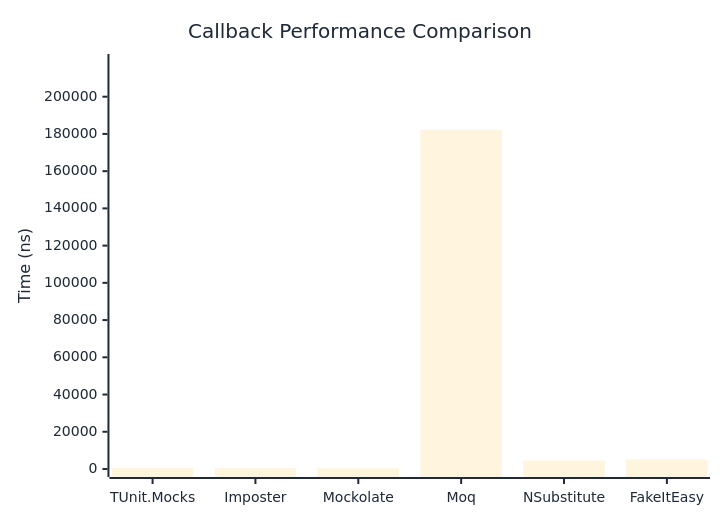
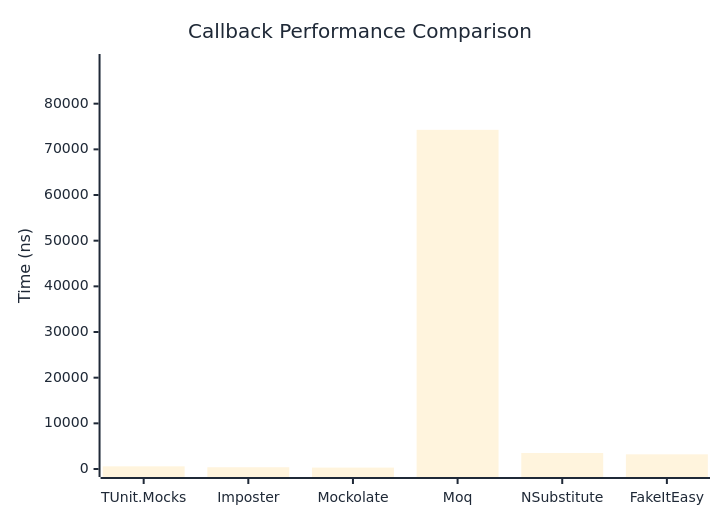
Before and after one commit to thomhurst/TUnit: the first of 2 diagrams in docs/docs/benchmarks/mocks/Callback.md, drawn with Mermaid. The commit also changed other lines of this file and 14 other files, not shown here.

````diff
--- a/docs/docs/benchmarks/mocks/Callback.md
+++ b/docs/docs/benchmarks/mocks/Callback.md
@@ -30,27 +30,27 @@
 ```mermaid
 %%{init: {
   'theme':'base',
   'themeVariables': {
     'primaryColor': '#2563eb',
     'primaryTextColor': '#1f2937',
     'primaryBorderColor': '#1e40af',
     'lineColor': '#6b7280',
     'secondaryColor': '#7c3aed',
     'tertiaryColor': '#dc2626',
     'background': '#ffffff',
     'pie1': '#2563eb',
     'pie2': '#7c3aed',
     'pie3': '#dc2626',
     'pie4': '#f59e0b',
     'pie5': '#10b981',
     'pie6': '#06b6d4',
     'pie7': '#ec4899',
     'pie8': '#6366f1'
   }
 }}%%
 xychart-beta
   title "Callback Performance Comparison"
   x-axis ["TUnit.Mocks", "Imposter", "Mockolate", "Moq", "NSubstitute", "FakeItEasy"]
-  y-axis "Time (ns)" 0 --> 218644
-  bar [659, 470.1, 347, 182203.3, 4565.6, 5061.6]
+  y-axis "Time (ns)" 0 --> 89131
+  bar [582.8, 383.3, 307.7, 74275.2, 3498.1, 3214.4]
 ```
````
